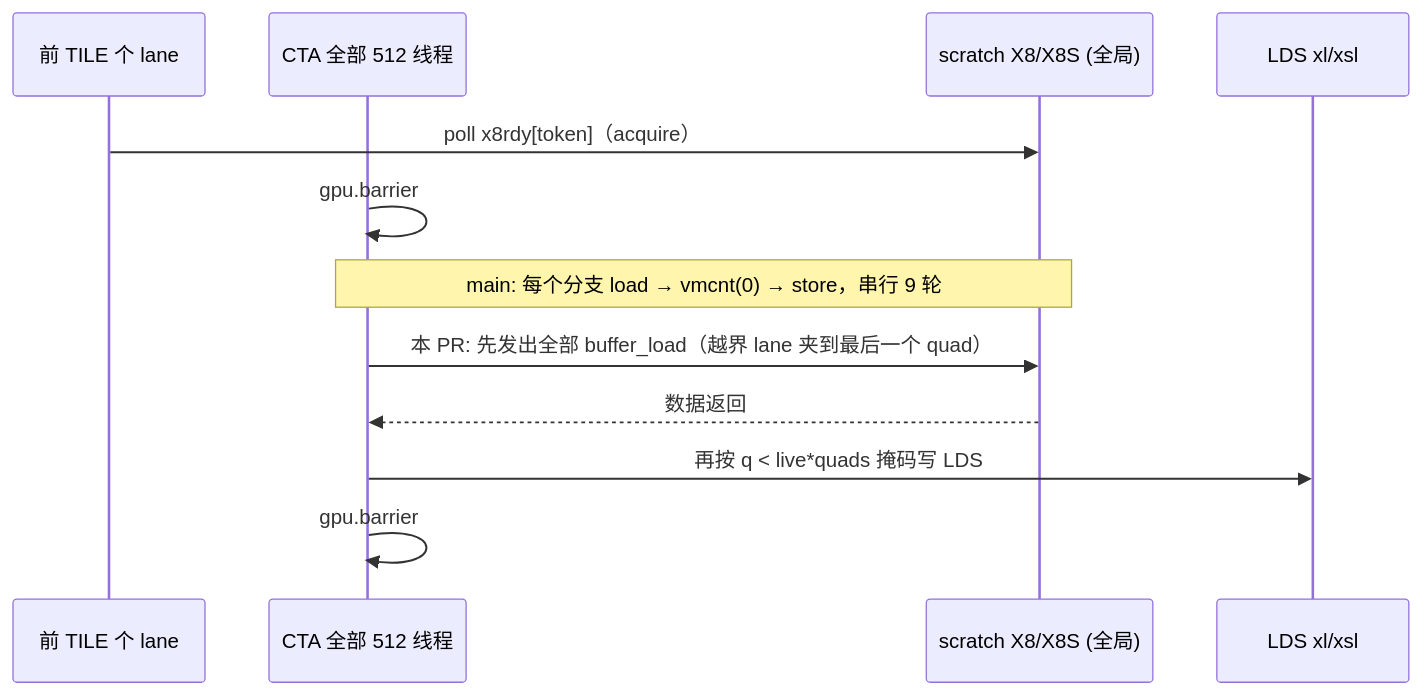
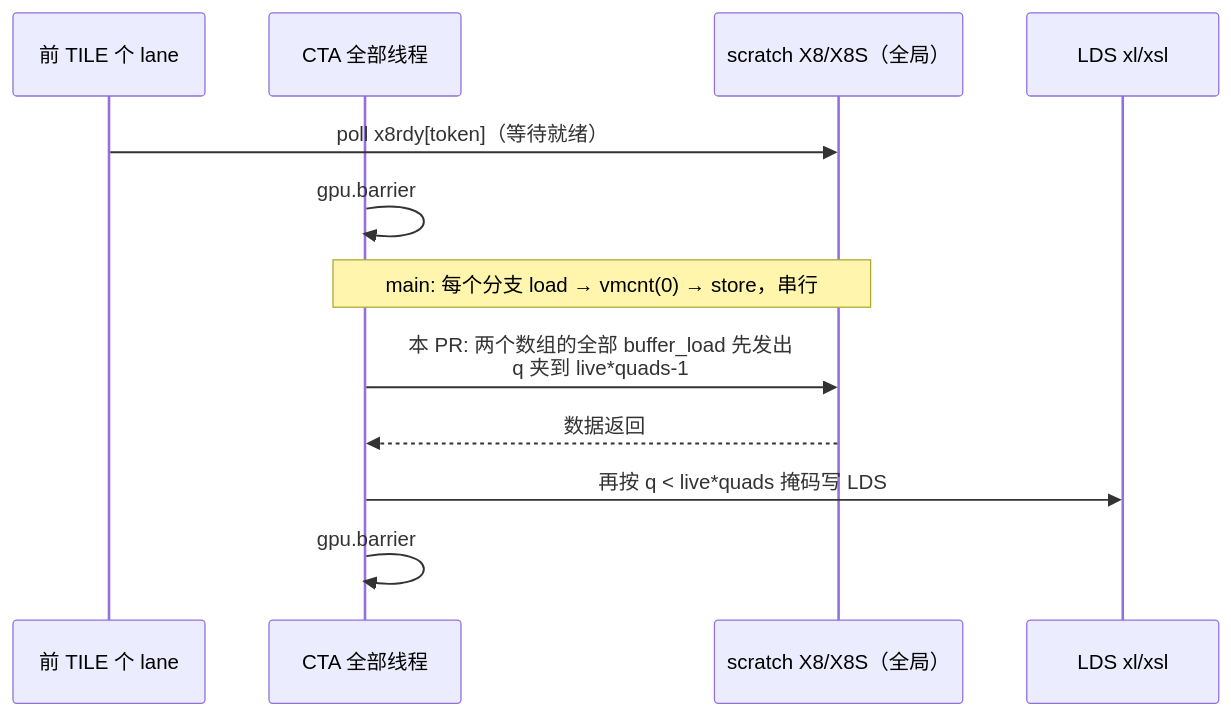
Before and after one commit to shen-shanshan/vllm-dev-skills: the second of 2 diagrams in skills/vllm-rocm-pr-review/outputs/pr-63892-review.md, drawn with Mermaid. The commit also changed other lines of this file, not shown here.

````diff
--- a/skills/vllm-rocm-pr-review/outputs/pr-63892-review.md
+++ b/skills/vllm-rocm-pr-review/outputs/pr-63892-review.md
@@ -63,14 +67,14 @@
 ```mermaid
 sequenceDiagram
     participant L as 前 TILE 个 lane
-    participant W as CTA 全部 512 线程
-    participant G as scratch X8/X8S (全局)
+    participant W as CTA 全部线程
+    participant G as scratch X8/X8S（全局）
     participant S as LDS xl/xsl
-    L->>G: poll x8rdy[token]（acquire）
+    L->>G: poll x8rdy[token]（等待就绪）
     W->>W: gpu.barrier
-    Note over W,G: main: 每个分支 load → vmcnt(0) → store，串行 9 轮
-    W->>G: 本 PR: 先发出全部 buffer_load（越界 lane 夹到最后一个 quad）
+    Note over W,G: main: 每个分支 load → vmcnt(0) → store，串行
+    W->>G: 本 PR: 两个数组的全部 buffer_load 先发出<br/>q 夹到 live*quads-1
     G-->>W: 数据返回
     W->>S: 再按 q < live*quads 掩码写 LDS
     W->>W: gpu.barrier
 ```
````
